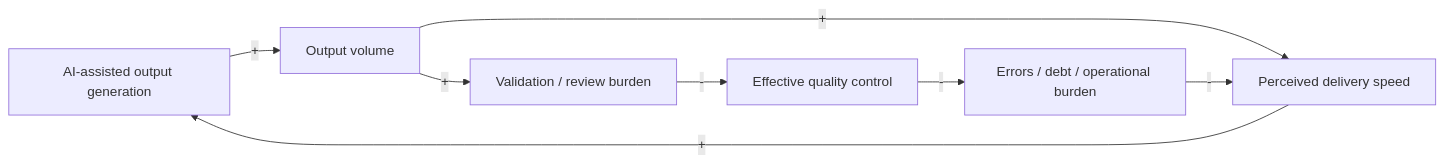
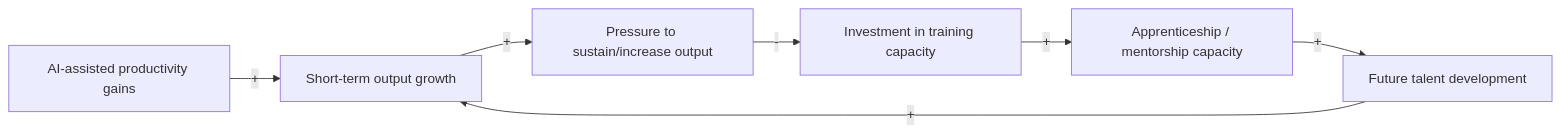
Before and after one commit to zbalkan/zbalkan.github.io: the sixth of 6 diagrams in _posts/2026-04-28-ai-talent-crisis.md, drawn with Mermaid. The commit also changed other lines of this file, not shown here.

````diff
--- a/_posts/2026-04-28-ai-talent-crisis.md
+++ b/_posts/2026-04-28-ai-talent-crisis.md
@@ -120,11 +132,10 @@
 ```mermaid
 flowchart LR
-    AI["AI-assisted output generation"] -->|+| OUT["Output volume"]
-    OUT -->|+| SPEED["Perceived delivery speed"]
-    SPEED -->|+| AI
+    AI["AI-assisted productivity gains"] -->|+| OUT["Short-term output growth"]
+    OUT -->|+| PRESS["Pressure to sustain/increase output"]
+    PRESS -->|-| INVEST["Investment in training capacity"]
 
-    OUT -->|+| REVIEW["Validation / review burden"]
-    REVIEW -->|-| QUALITY["Effective quality control"]
-    QUALITY -->|-| DEBT["Errors / debt / operational burden"]
-    DEBT -->|-| SPEED
+    INVEST -->|+| CAP["Apprenticeship / mentorship capacity"]
+    CAP -->|+| TALENT["Future talent development"]
+    TALENT -->|+| OUT
 ```
````
